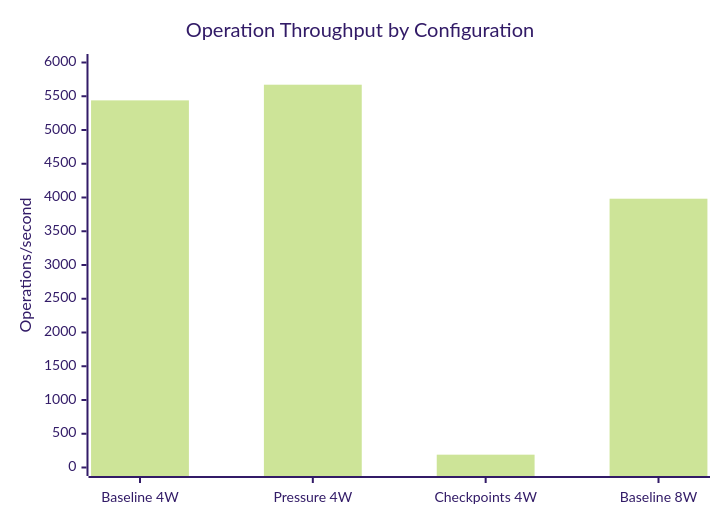
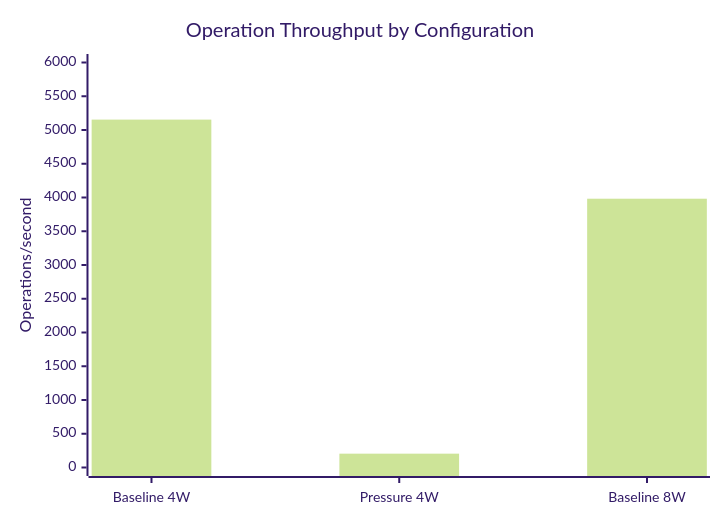
Before and after one commit to ankitkpandey1/Morpheus: the first of 3 diagrams in benchmark.md, drawn with Mermaid (forest theme). The commit also changed other lines of this file, not shown here.

````diff
--- a/benchmark.md
+++ b/benchmark.md
@@ -126,7 +125,7 @@
 ```mermaid
 xychart-beta
     title "Operation Throughput by Configuration"
-    x-axis ["Baseline 4W", "Pressure 4W", "Checkpoints 4W", "Baseline 8W"]
+    x-axis ["Baseline 4W", "Pressure 4W", "Baseline 8W"]
     y-axis "Operations/second" 0 --> 6000
-    bar [5439, 5671, 190, 3982]
+    bar [5154, 205, 3982]
 ```
````
